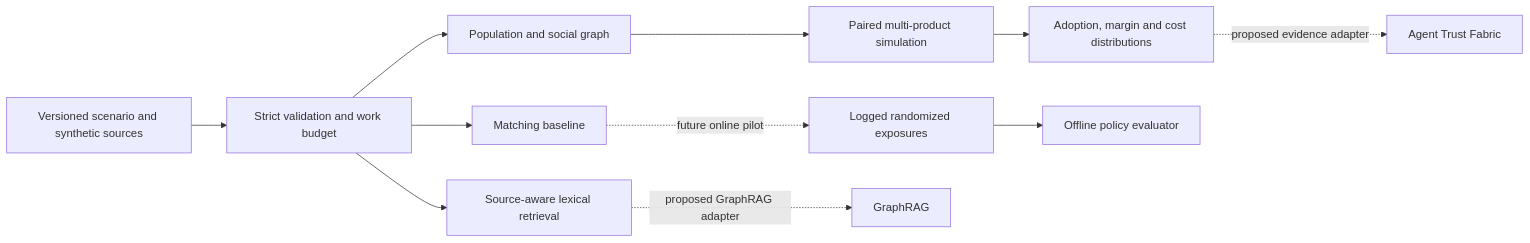
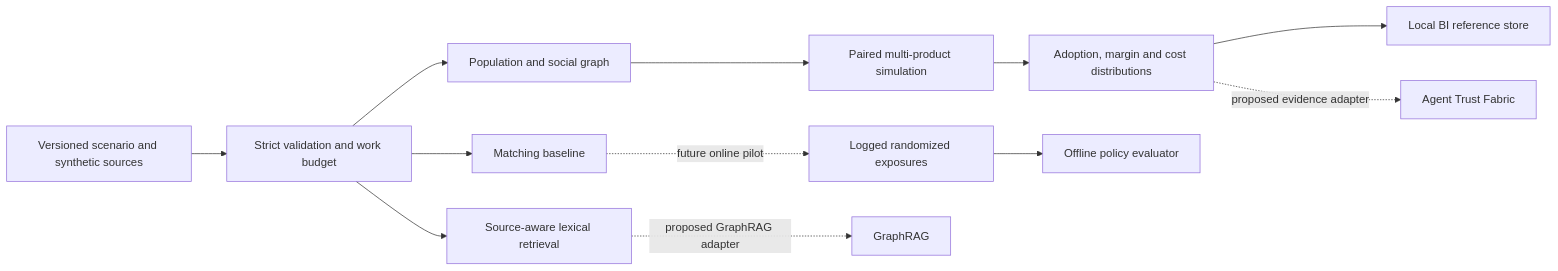
One commit to AAH20/audience-swarm-lab changed the diagram in README.md. Above: the diagram before and after it, drawn with Mermaid. The commit also changed other lines of this file and 4 other files, not shown here.

Commit message:
Add idempotent local BI reference store

````diff
--- a/README.md
+++ b/README.md
@@ -36,13 +38,14 @@
 ```mermaid
 flowchart LR
   A[Versioned scenario and synthetic sources] --> B[Strict validation and work budget]
   B --> C[Source-aware lexical retrieval]
   B --> D[Population and social graph]
   D --> E[Paired multi-product simulation]
   E --> F[Adoption, margin and cost distributions]
   B --> G[Matching baseline]
   H[Logged randomized exposures] --> I[Offline policy evaluator]
+  F --> W[Local BI reference store]
   F -. proposed evidence adapter .-> J[Agent Trust Fabric]
   C -. proposed GraphRAG adapter .-> K[GraphRAG]
   G -. future online pilot .-> H
 ```
````
